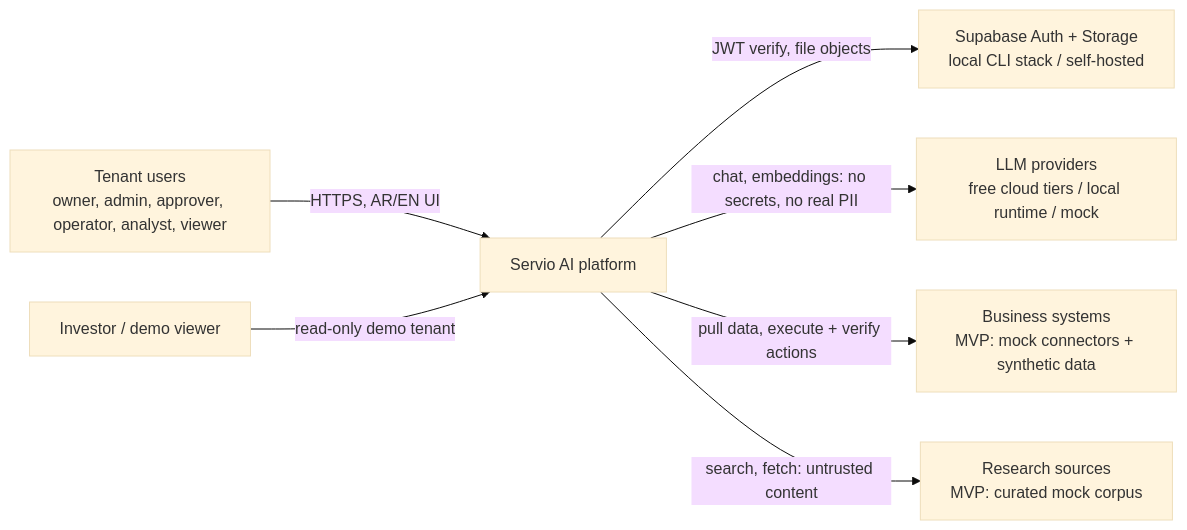
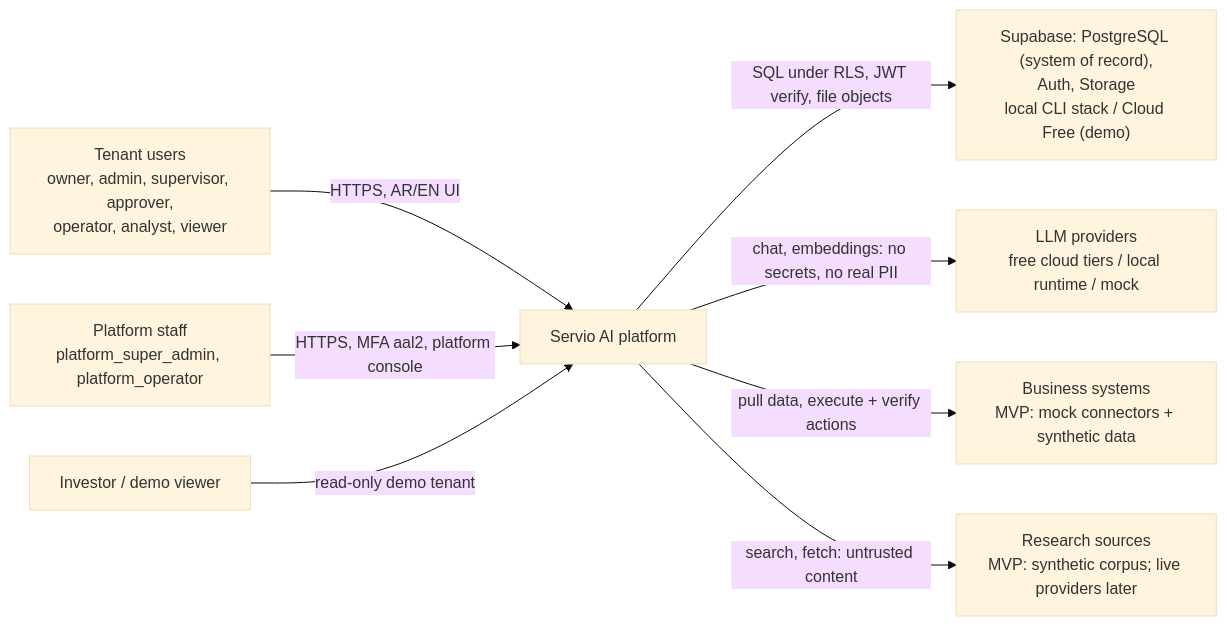
One commit to moamedmer68-commits/Servio changed the second of 8 diagrams in docs/planning/MASTER_PLAN.md. Above: the diagram before and after it, drawn with Mermaid (base theme). The commit also changed other lines of this file and 1 other file, not shown here.

````diff
--- a/docs/planning/MASTER_PLAN.md
+++ b/docs/planning/MASTER_PLAN.md
@@ -328,16 +719,18 @@
 ```mermaid
 flowchart LR
-    U["Tenant users<br/>owner, admin, approver, operator, analyst, viewer"]
+    U["Tenant users<br/>owner, admin, supervisor, approver,<br/>operator, analyst, viewer"]
+    PADM["Platform staff<br/>platform_super_admin, platform_operator"]
     INV["Investor / demo viewer"]
     S["Servio AI platform"]
-    SB["Supabase Auth + Storage<br/>local CLI stack / self-hosted"]
+    SB["Supabase: PostgreSQL (system of record),<br/>Auth, Storage<br/>local CLI stack / Cloud Free (demo)"]
     LLM["LLM providers<br/>free cloud tiers / local runtime / mock"]
     SRC["Business systems<br/>MVP: mock connectors + synthetic data"]
-    RES["Research sources<br/>MVP: curated mock corpus"]
+    RES["Research sources<br/>MVP: synthetic corpus; live providers later"]
     U -->|HTTPS, AR/EN UI| S
+    PADM -->|HTTPS, MFA aal2, platform console| S
     INV -->|read-only demo tenant| S
-    S -->|JWT verify, file objects| SB
+    S -->|SQL under RLS, JWT verify, file objects| SB
     S -->|chat, embeddings: no secrets, no real PII| LLM
     S -->|pull data, execute + verify actions| SRC
     S -->|search, fetch: untrusted content| RES
 ```
````
